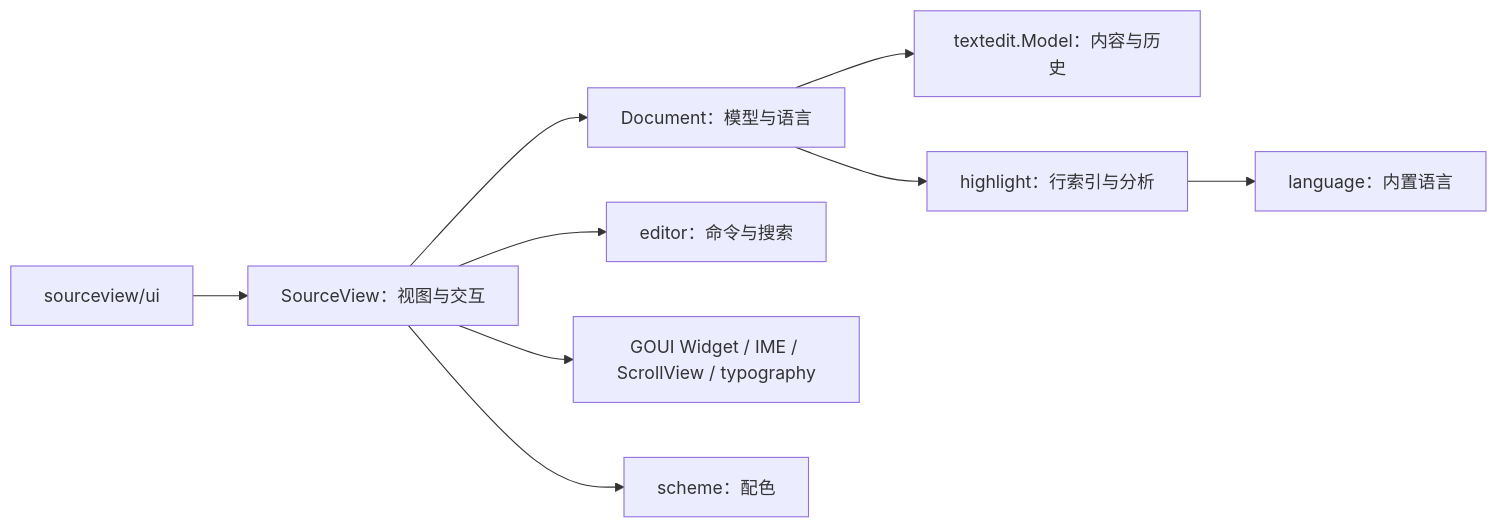
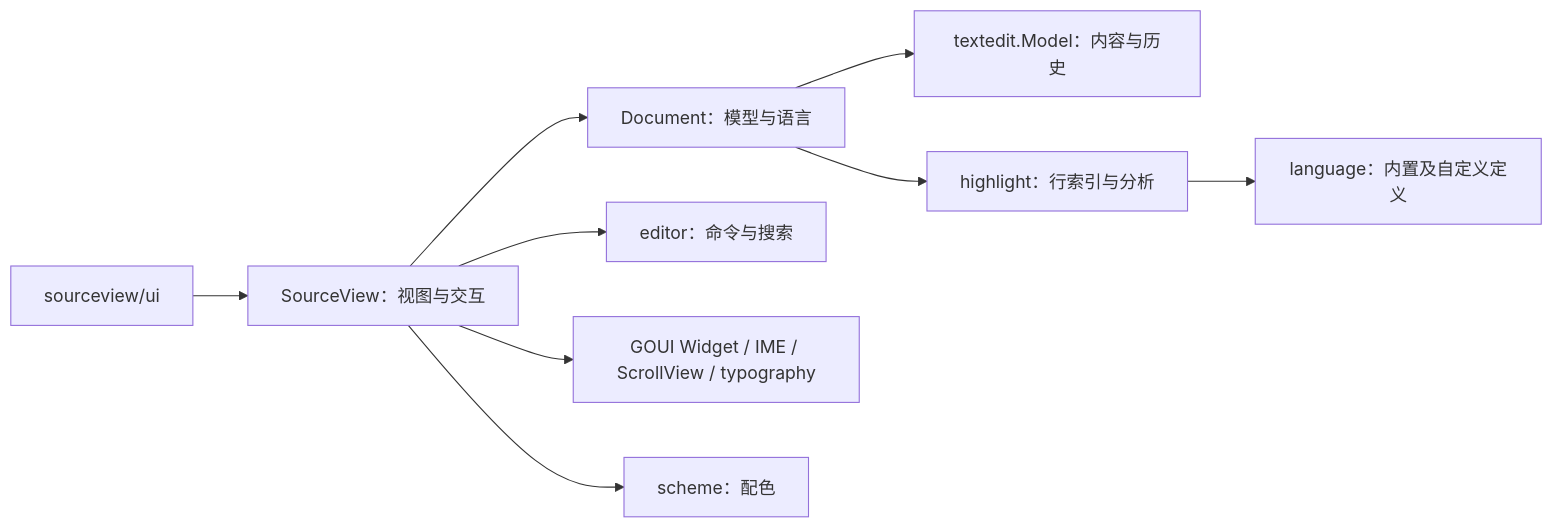
Before and after one commit to golang-gui/goui-sourceview: the diagram in doc/DesignSourceView.md, drawn with Mermaid. The commit also changed other lines of this file and 15 other files, not shown here.

````diff
--- a/doc/DesignSourceView.md
+++ b/doc/DesignSourceView.md
@@ -65,11 +65,11 @@
 ```mermaid
 flowchart LR
     UI["sourceview/ui"] --> V["SourceView：视图与交互"]
     V --> D["Document：模型与语言"]
     V --> E["editor：命令与搜索"]
     V --> G["GOUI Widget / IME / ScrollView / typography"]
     D --> M["textedit.Model：内容与历史"]
     D --> H["highlight：行索引与分析"]
-    H --> L["language：内置语言"]
+    H --> L["language：内置及自定义定义"]
     V --> S["scheme：配色"]
 ```
````
